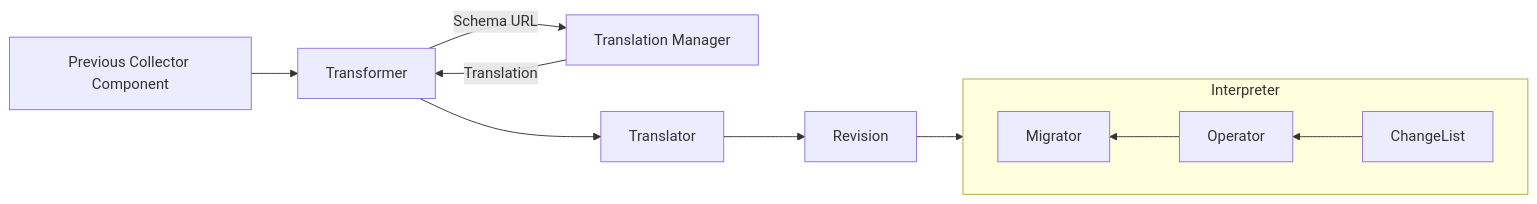
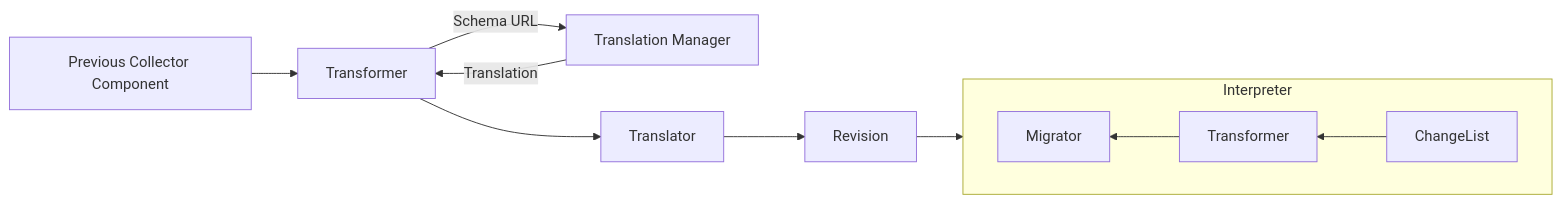
One commit to open-telemetry/opentelemetry-collector-contrib changed the diagram in processor/schemaprocessor/DESIGN.md. Above: the diagram before and after it, drawn with Mermaid. The commit also changed other lines of this file and 11 other files, not shown here.

Commit message:
rename operator to transformer

````diff
--- a/processor/schemaprocessor/DESIGN.md
+++ b/processor/schemaprocessor/DESIGN.md
@@ -7,15 +7,15 @@
 ```mermaid
 graph LR;
     A[Previous Collector Component] --> B[Transformer]
     B -- Schema URL --> C[Translation Manager]
     C -- Translation --> B
     B --> H[Translator]
     H --> E[Revision]
     E --> I[ChangeList]
     subgraph Interpreter
         direction RL
-        I --> F[Operator]
+        I --> F[Transformer]
         F --> G[Migrator]
     end
 
 ``` 
````
